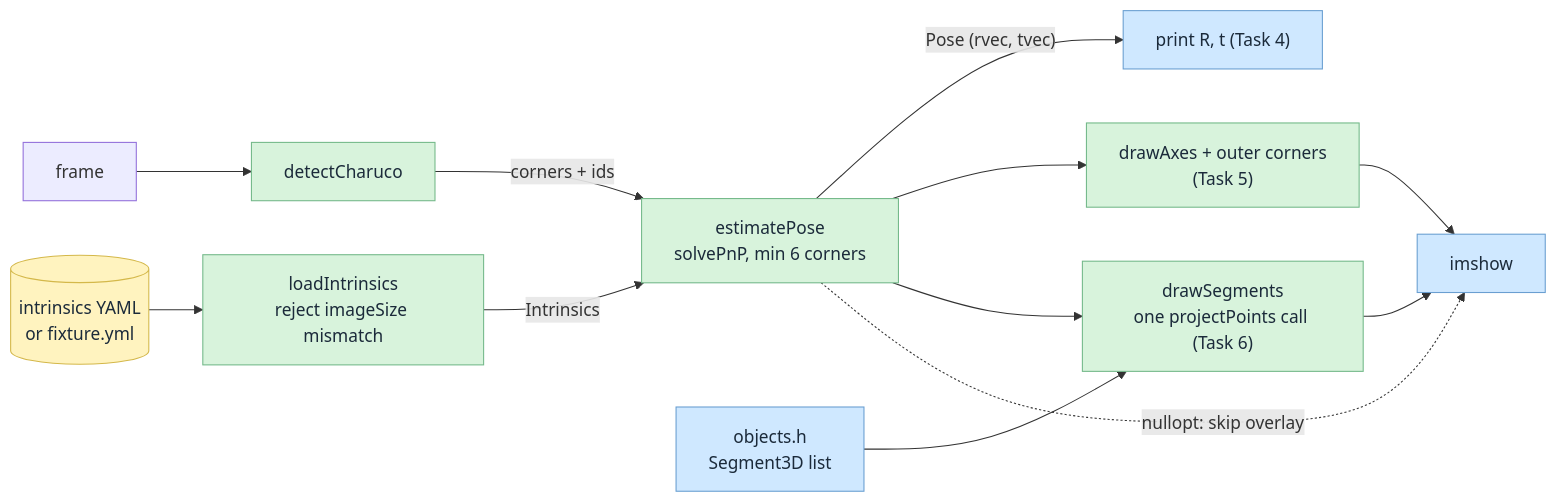
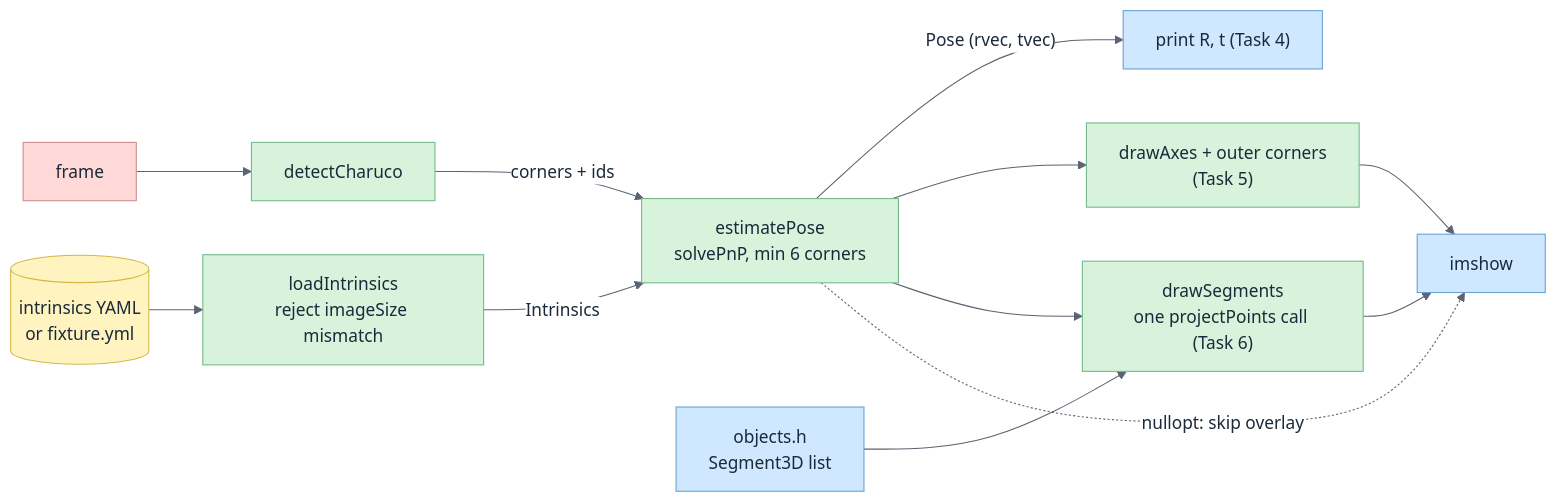
The second of 4 diagrams in ARCHITECTURE.md (supriya-kotturu/calibration-and-augmented-reality), drawn with Mermaid before and after one commit. The commit also changed other lines of this file and 1 other file, not shown here.

First line of the commit message:
docs(architecture): :lipstick: Pin diagrams to a light theme and colour every node by role

````diff
--- a/ARCHITECTURE.md
+++ b/ARCHITECTURE.md
@@ -40,21 +47,24 @@
 ```mermaid
+%%{init: {"theme": "base", "themeVariables": {"background": "#ffffff", "primaryColor": "#f7f7f7", "primaryTextColor": "#1b2a3a", "primaryBorderColor": "#b0b0b0", "lineColor": "#5a6472", "textColor": "#1b2a3a", "edgeLabelBackground": "#ffffff", "clusterBkg": "#fafafa", "clusterBorder": "#b0b0b0", "fontFamily": "Segoe UI, Helvetica, Arial, sans-serif"}}}%%
 flowchart LR
   F["frame"] --> D["detectCharuco"]
   I[("intrinsics YAML<br/>or fixture.yml")] --> L["loadIntrinsics<br/>reject imageSize mismatch"]
   D -- "corners + ids" --> P["estimatePose<br/>solvePnP, min 6 corners"]
   L -- "Intrinsics" --> P
   P -- "Pose (rvec, tvec)" --> PR["print R, t (Task 4)"]
   P --> A["drawAxes + outer corners<br/>(Task 5)"]
   O["objects.h<br/>Segment3D list"] --> S["drawSegments<br/>one projectPoints call (Task 6)"]
   P --> S
   A --> OUT["imshow"]
   S --> OUT
   P -. "nullopt: skip overlay" .-> OUT
 
   classDef core fill:#d8f3dc,stroke:#74b98a,color:#1b2a3a
   classDef app fill:#cfe8ff,stroke:#6a9fd1,color:#1b2a3a
   classDef data fill:#fff3bf,stroke:#d4b84a,color:#1b2a3a
   class D,L,P,A,S core
   class PR,O,OUT app
+  classDef input fill:#ffd8d8,stroke:#d08a8a,color:#1b2a3a
   class I data
+  class F input
 ```
````
